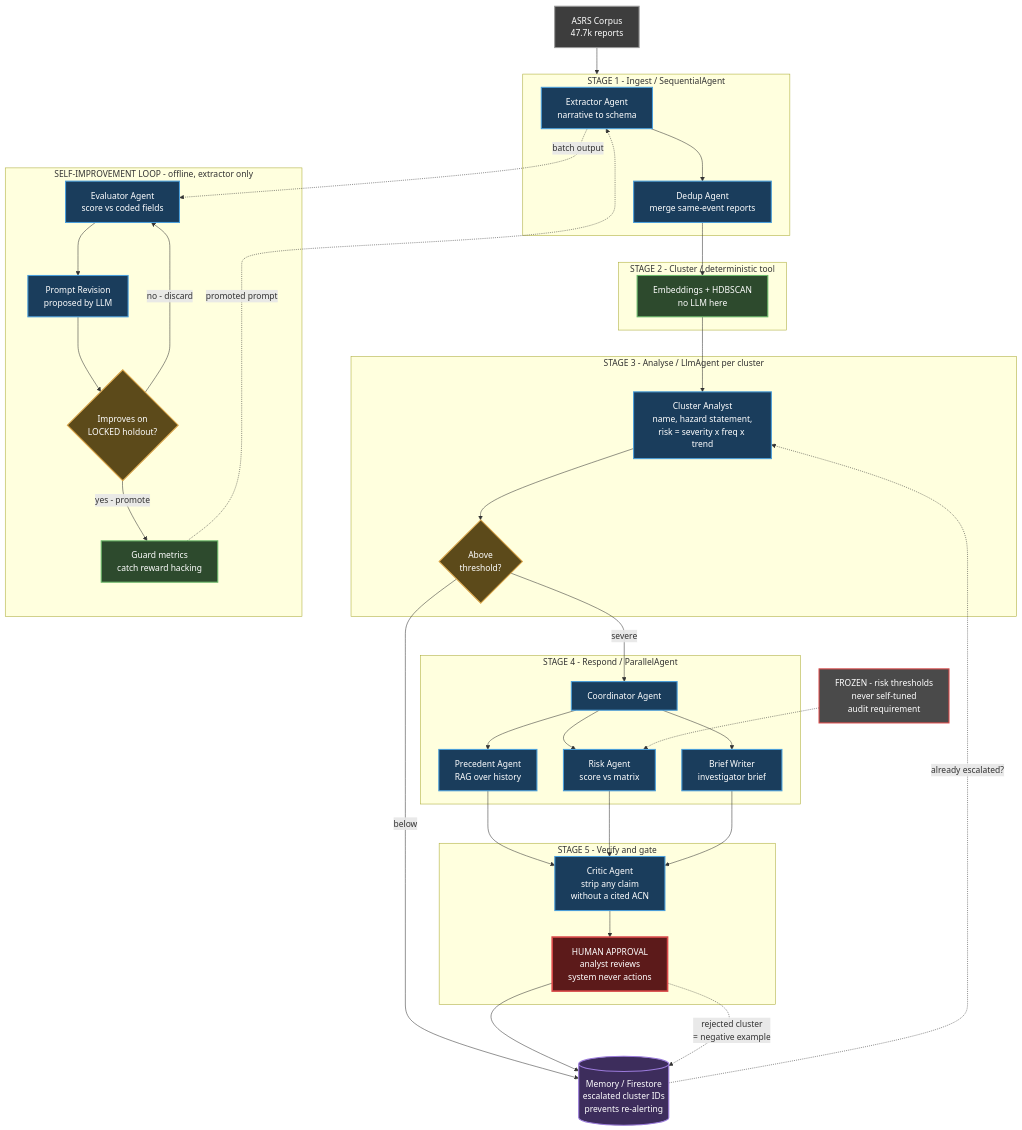
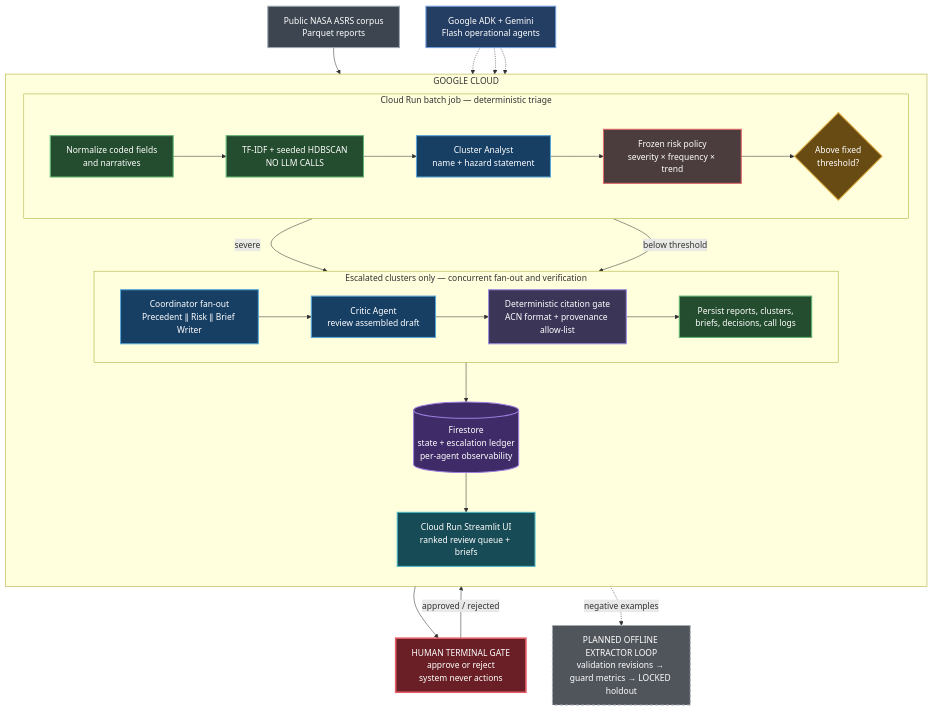
The diagram in docs/asrs-agent-architecture.mermaid (sushrutb17/vigil), drawn with Mermaid before and after one commit. The commit also changed 1 other file, not shown here.

Commit message:
Export current VIGIL architecture diagram

```diff
--- a/docs/asrs-agent-architecture.mermaid
+++ b/docs/asrs-agent-architecture.mermaid
@@ -1,71 +1,56 @@
-flowchart TD
-    SRC["ASRS Corpus<br/>47.7k reports"]:::data
+flowchart TB
+    SRC["Public NASA ASRS corpus<br/>Parquet reports"]:::data
+    ADK["Google ADK + Gemini<br/>Flash operational agents"]:::cloud
 
-    subgraph S1["STAGE 1 - Ingest / SequentialAgent"]
-        EXT["Extractor Agent<br/>narrative to schema"]:::agent
-        DED["Dedup Agent<br/>merge same-event reports"]:::agent
-        EXT --> DED
+    subgraph CLOUD["GOOGLE CLOUD"]
+        direction TB
+
+        subgraph BATCH["Cloud Run batch job — deterministic triage"]
+            direction LR
+            ING["Normalize coded fields<br/>and narratives"]:::tool
+            CLUSTER["TF-IDF + seeded HDBSCAN<br/>NO LLM CALLS"]:::tool
+            ANALYST["Cluster Analyst<br/>name + hazard statement"]:::agent
+            SCORE["Frozen risk policy<br/>severity × frequency × trend"]:::frozen
+            ROUTE{"Above fixed<br/>threshold?"}:::gate
+            ING --> CLUSTER --> ANALYST --> SCORE --> ROUTE
+        end
+
+        subgraph RESPONSE["Escalated clusters only — concurrent fan-out and verification"]
+            direction LR
+            COORD["Coordinator fan-out<br/>Precedent ∥ Risk ∥ Brief Writer"]:::agent
+            CRITIC["Critic Agent<br/>review assembled draft"]:::agent
+            CITE["Deterministic citation gate<br/>ACN format + provenance allow-list"]:::security
+            PERSIST["Persist reports, clusters,<br/>briefs, decisions, call logs"]:::tool
+            COORD --> CRITIC --> CITE --> PERSIST
+        end
+
+        DB[("Firestore<br/>state + escalation ledger<br/>per-agent observability")]:::mem
+        UI["Cloud Run Streamlit UI<br/>ranked review queue + briefs"]:::frontend
+
+        ROUTE -->|"severe"| COORD
+        ROUTE -->|"below threshold"| PERSIST
+        PERSIST --> DB --> UI
     end
 
-    subgraph S2["STAGE 2 - Cluster / deterministic tool"]
-        EMB["Embeddings + HDBSCAN<br/>no LLM here"]:::tool
-    end
+    HUMAN["HUMAN TERMINAL GATE<br/>approve or reject<br/>system never actions"]:::human
+    OFFLINE["PLANNED OFFLINE EXTRACTOR LOOP<br/>validation revisions → guard metrics → LOCKED holdout"]:::planned
 
-    subgraph S3["STAGE 3 - Analyse / LlmAgent per cluster"]
-        CA["Cluster Analyst<br/>name, hazard statement,<br/>risk = severity x freq x trend"]:::agent
-        GATE{"Above<br/>threshold?"}:::gate
-        CA --> GATE
-    end
+    SRC --> ING
+    ADK -.-> ANALYST
+    ADK -.-> COORD
+    ADK -.-> CRITIC
+    UI --> HUMAN
+    HUMAN -->|"approved / rejected"| DB
+    DB -.->|"negative examples"| OFFLINE
 
-    subgraph S4["STAGE 4 - Respond / ParallelAgent"]
-        COORD["Coordinator Agent"]:::agent
-        P1["Precedent Agent<br/>RAG over history"]:::agent
-        P2["Risk Agent<br/>score vs matrix"]:::agent
-        P3["Brief Writer<br/>investigator brief"]:::agent
-        COORD --> P1
-        COORD --> P2
-        COORD --> P3
-    end
-
-    subgraph S5["STAGE 5 - Verify and gate"]
-        CRIT["Critic Agent<br/>strip any claim<br/>without a cited ACN"]:::agent
-        HUMAN["HUMAN APPROVAL<br/>analyst reviews<br/>system never actions"]:::human
-        CRIT --> HUMAN
-    end
-
-    MEM[("Memory / Firestore<br/>escalated cluster IDs<br/>prevents re-alerting")]:::mem
-
-    subgraph LOOP["SELF-IMPROVEMENT LOOP - offline, extractor only"]
-        EVAL["Evaluator Agent<br/>score vs coded fields"]:::agent
-        REV["Prompt Revision<br/>proposed by LLM"]:::agent
-        HOLD{"Improves on<br/>LOCKED holdout?"}:::gate
-        GUARD["Guard metrics<br/>catch reward hacking"]:::tool
-        EVAL --> REV --> HOLD
-        HOLD -->|"yes - promote"| GUARD
-        HOLD -->|"no - discard"| EVAL
-    end
-
-    FROZEN["FROZEN - risk thresholds<br/>never self-tuned<br/>audit requirement"]:::frozen
-
-    SRC --> S1
-    DED --> EMB
-    EMB --> CA
-    GATE -->|"severe"| COORD
-    GATE -->|"below"| MEM
-    P1 --> CRIT
-    P2 --> CRIT
-    P3 --> CRIT
-    HUMAN --> MEM
-    MEM -.->|"already escalated?"| CA
-    HUMAN -.->|"rejected cluster<br/>= negative example"| MEM
-    EXT -.->|"batch output"| EVAL
-    GUARD -.->|"promoted prompt"| EXT
-    FROZEN -.-> P2
-
-    classDef agent fill:#1a3d5c,stroke:#4a9eda,stroke-width:2px,color:#fff
-    classDef tool fill:#2d4a2d,stroke:#6aba6a,stroke-width:2px,color:#fff
-    classDef data fill:#3d3d3d,stroke:#999,stroke-width:2px,color:#fff
-    classDef gate fill:#5c4a1a,stroke:#daa54a,stroke-width:2px,color:#fff
-    classDef human fill:#5c1a1a,stroke:#da4a4a,stroke-width:3px,color:#fff
-    classDef mem fill:#3d2d5c,stroke:#9a7ada,stroke-width:2px,color:#fff
-    classDef frozen fill:#4a4a4a,stroke:#da4a4a,stroke-width:2px,color:#fff
+    classDef agent fill:#173e63,stroke:#58a6d8,stroke-width:2px,color:#ffffff
+    classDef tool fill:#244c2e,stroke:#63b573,stroke-width:2px,color:#ffffff
+    classDef data fill:#3d4650,stroke:#9da7b1,stroke-width:2px,color:#ffffff
+    classDef gate fill:#684b13,stroke:#e0ad45,stroke-width:2px,color:#ffffff
+    classDef human fill:#691f25,stroke:#e05d68,stroke-width:3px,color:#ffffff
+    classDef mem fill:#3f2b67,stroke:#9d7dde,stroke-width:2px,color:#ffffff
+    classDef frozen fill:#4b3d3d,stroke:#df6a6a,stroke-width:2px,color:#ffffff
+    classDef security fill:#3b3558,stroke:#9f8de0,stroke-width:2px,color:#ffffff
+    classDef frontend fill:#174b55,stroke:#4fb8c5,stroke-width:2px,color:#ffffff
+    classDef cloud fill:#243d62,stroke:#6f9edb,stroke-width:2px,color:#ffffff
+    classDef planned fill:#50545b,stroke:#a7adb5,stroke-width:2px,stroke-dasharray:6 4,color:#ffffff
```
